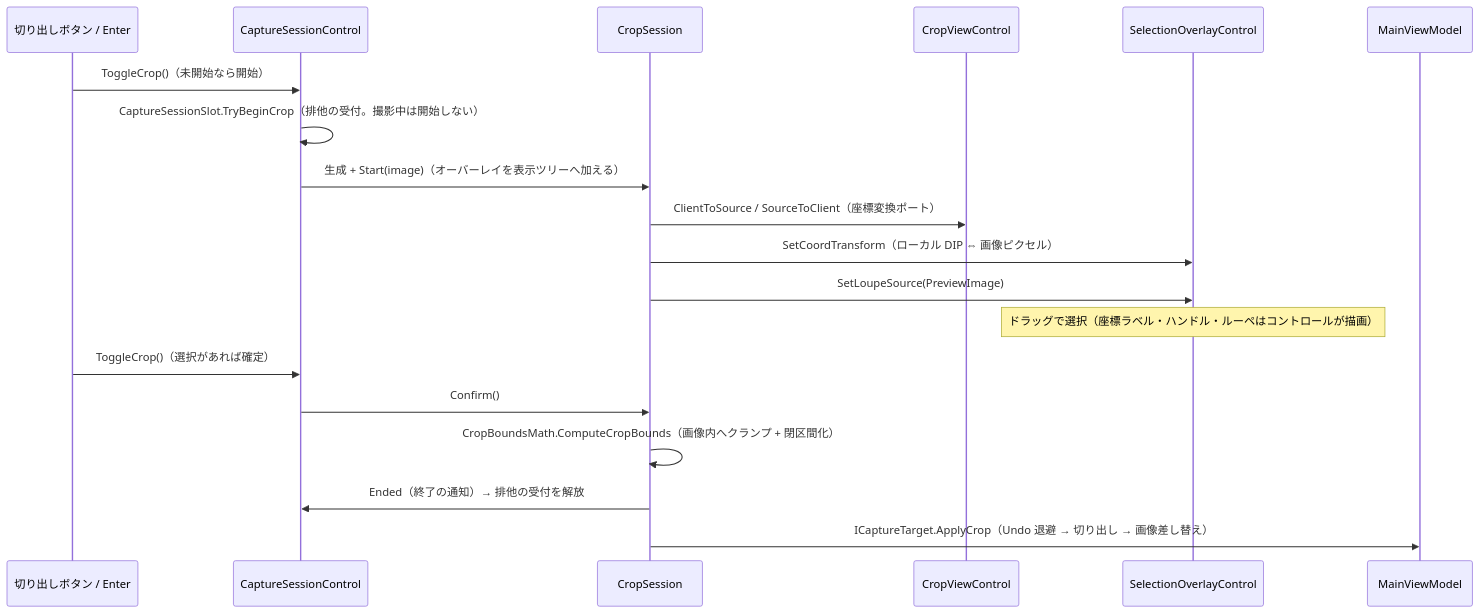
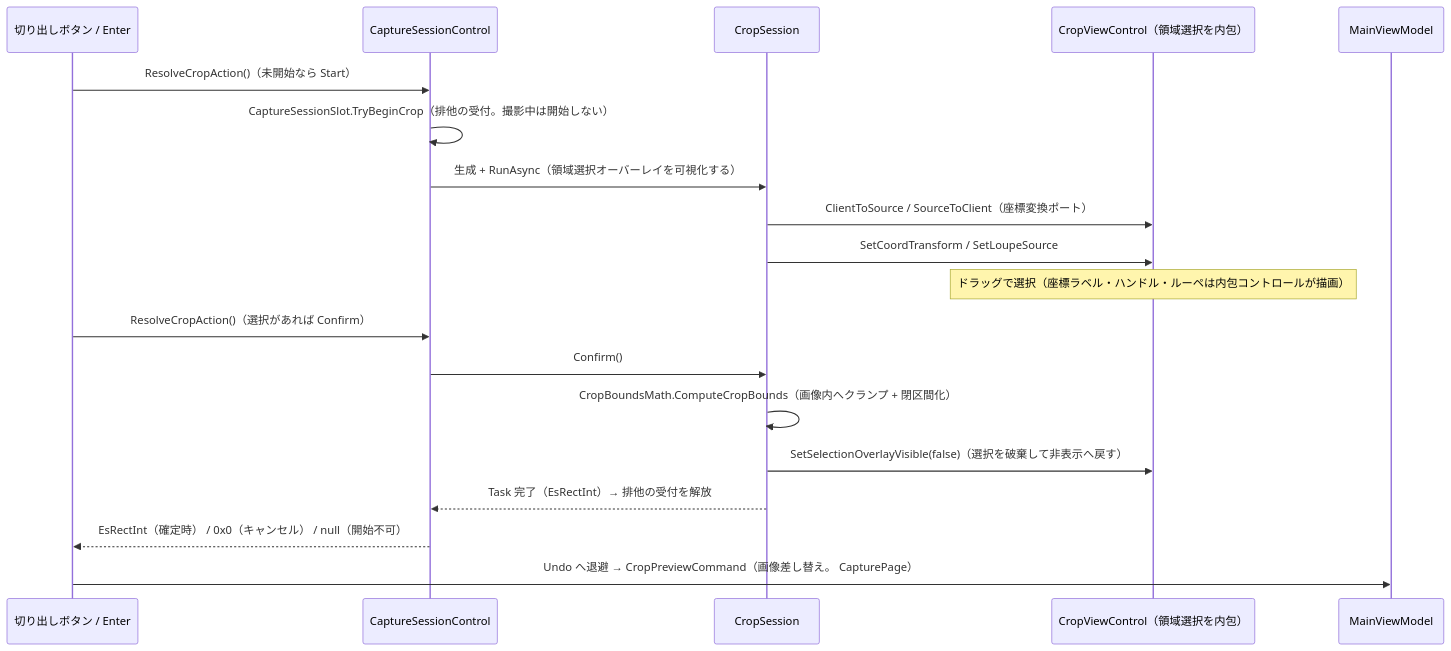
One commit to tomokuni/SaveEvidence changed the fourth of 12 diagrams in src/App.MewUI/docs/SPEC_System.md. Above: the diagram before and after it, drawn with Mermaid. The commit also changed other lines of this file and 25 other files, not shown here.

````diff
--- a/src/App.MewUI/docs/SPEC_System.md
+++ b/src/App.MewUI/docs/SPEC_System.md
@@ -403,22 +402,22 @@
 ```mermaid
 sequenceDiagram
     participant BTN as 切り出しボタン / Enter
     participant PS as CaptureSessionControl
     participant CS as CropSession
-    participant CV as CropViewControl
-    participant FM as SelectionOverlayControl
+    participant CV as CropViewControl（領域選択を内包）
     participant VM as MainViewModel
 
-    BTN->>PS: ToggleCrop()（未開始なら開始）
+    BTN->>PS: ResolveCropAction()（未開始なら Start）
     PS->>PS: CaptureSessionSlot.TryBeginCrop（排他の受付。撮影中は開始しない）
-    PS->>CS: 生成 + Start(image)（オーバーレイを表示ツリーへ加える）
+    PS->>CS: 生成 + RunAsync（領域選択オーバーレイを可視化する）
     CS->>CV: ClientToSource / SourceToClient（座標変換ポート）
-    CS->>FM: SetCoordTransform（ローカル DIP ⇔ 画像ピクセル）
-    CS->>FM: SetLoupeSource(PreviewImage)
-    Note over FM: ドラッグで選択（座標ラベル・ハンドル・ルーペはコントロールが描画）
-    BTN->>PS: ToggleCrop()（選択があれば確定）
+    CS->>CV: SetCoordTransform / SetLoupeSource
+    Note over CV: ドラッグで選択（座標ラベル・ハンドル・ルーペは内包コントロールが描画）
+    BTN->>PS: ResolveCropAction()（選択があれば Confirm）
     PS->>CS: Confirm()
     CS->>CS: CropBoundsMath.ComputeCropBounds（画像内へクランプ + 閉区間化）
-    CS->>PS: Ended（終了の通知）→ 排他の受付を解放
-    CS->>VM: ICaptureTarget.ApplyCrop（Undo 退避 → 切り出し → 画像差し替え）
+    CS->>CV: SetSelectionOverlayVisible(false)（選択を破棄して非表示へ戻す）
+    CS-->>PS: Task 完了（EsRectInt）→ 排他の受付を解放
+    PS-->>BTN: EsRectInt（確定時） / 0x0（キャンセル） / null（開始不可）
+    BTN->>VM: Undo へ退避 → CropPreviewCommand（画像差し替え。 CapturePage）
 ```
````
